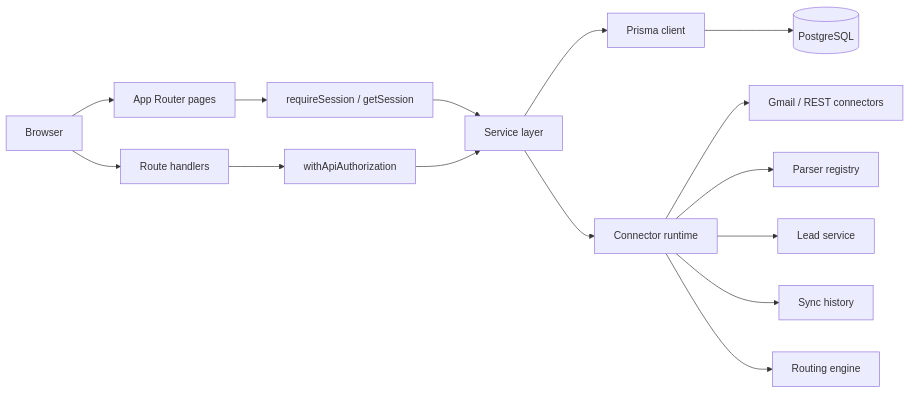
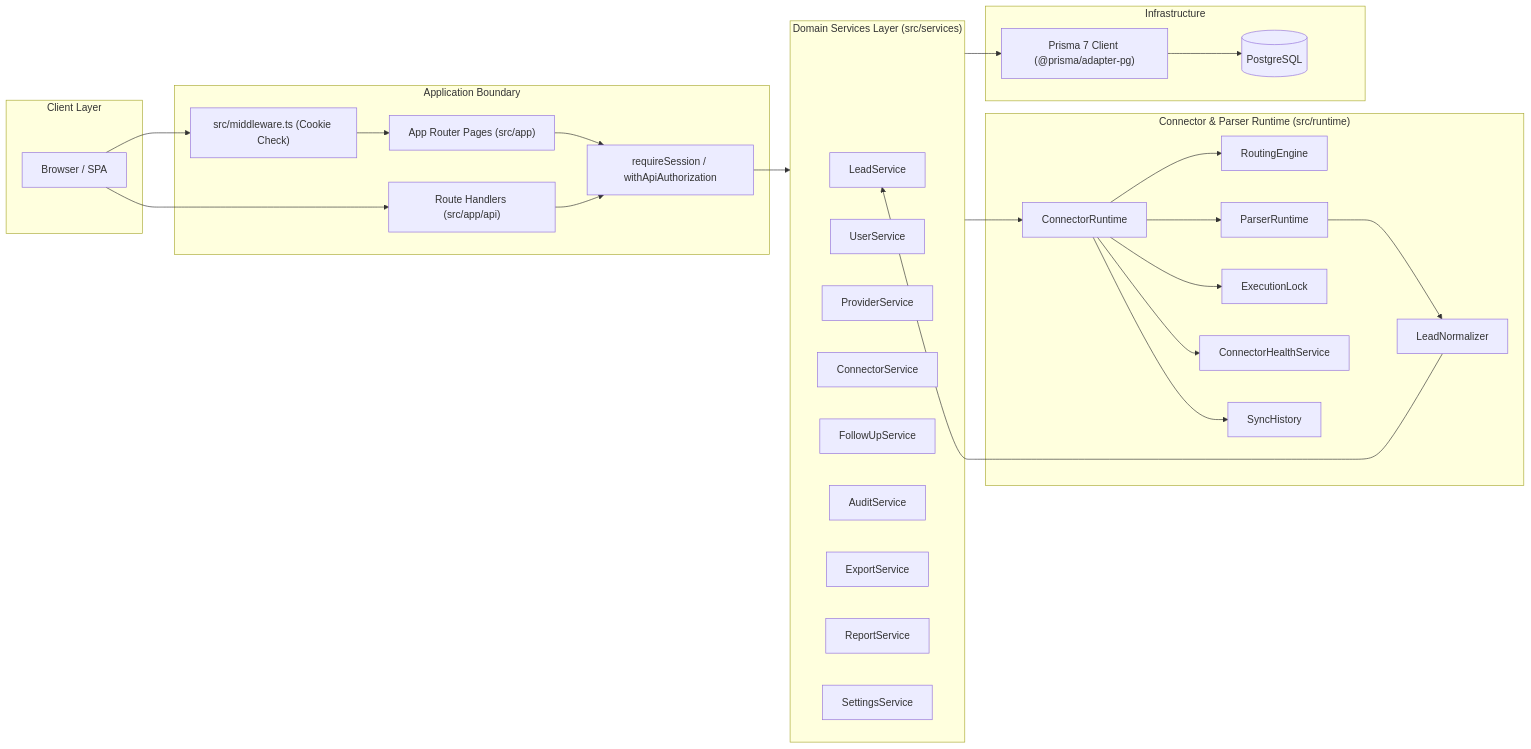
One commit to slept3arly/leadbridge changed the first of 11 diagrams in docs/02_ARCHITECTURE.md. Above: the diagram before and after it, drawn with Mermaid. The commit also changed other lines of this file and 75 other files, not shown here.

````diff
--- a/docs/02_ARCHITECTURE.md
+++ b/docs/02_ARCHITECTURE.md
@@ -28,17 +19,57 @@
 ```mermaid
 flowchart LR
-  Browser --> Pages[App Router pages]
-  Browser --> API[Route handlers]
-  Pages --> Session[requireSession / getSession]
-  API --> Auth[withApiAuthorization]
-  Session --> Services[Service layer]
-  Auth --> Services
-  Services --> Prisma[Prisma client]
-  Prisma --> DB[(PostgreSQL)]
-  Services --> ConnectorRuntime[Connector runtime]
-  ConnectorRuntime --> Connectors[Gmail / REST connectors]
-  ConnectorRuntime --> Parsers[Parser registry]
-  ConnectorRuntime --> LeadService[Lead service]
-  ConnectorRuntime --> SyncHistory[Sync history]
-  ConnectorRuntime --> Routing[Routing engine]
+  subgraph Client ["Client Layer"]
+    Browser["Browser / SPA"]
+  end
+
+  subgraph Edge ["Application Boundary"]
+    Middleware["src/middleware.ts (Cookie Check)"]
+    Pages["App Router Pages (src/app)"]
+    API["Route Handlers (src/app/api)"]
+    AuthHelper["requireSession / withApiAuthorization"]
+  end
+
+  subgraph Services ["Domain Services Layer (src/services)"]
+    LeadSvc["LeadService"]
+    UserSvc["UserService"]
+    ProviderSvc["ProviderService"]
+    ConnectorSvc["ConnectorService"]
+    FollowUpSvc["FollowUpService"]
+    AuditSvc["AuditService"]
+    ExportSvc["ExportService"]
+    ReportSvc["ReportService"]
+    SettingsSvc["SettingsService"]
+  end
+
+  subgraph Runtime ["Connector & Parser Runtime (src/runtime)"]
+    ConnectorRuntime["ConnectorRuntime"]
+    RoutingEngine["RoutingEngine"]
+    ParserRuntime["ParserRuntime"]
+    LeadNormalizer["LeadNormalizer"]
+    ExecLock["ExecutionLock"]
+    HealthSvc["ConnectorHealthService"]
+    SyncHist["SyncHistory"]
+  end
+
+  subgraph Database ["Infrastructure"]
+    Prisma["Prisma 7 Client (@prisma/adapter-pg)"]
+    DB[(PostgreSQL)]
+  end
+
+  Browser --> Middleware
+  Middleware --> Pages
+  Browser --> API
+  Pages --> AuthHelper
+  API --> AuthHelper
+  AuthHelper --> Services
+  Services --> Prisma
+  Prisma --> DB
+  Services --> ConnectorRuntime
+  ConnectorRuntime --> ExecLock
+  ConnectorRuntime --> RoutingEngine
+  ConnectorRuntime --> ParserRuntime
+  ParserRuntime --> LeadNormalizer
+  LeadNormalizer --> LeadSvc
+  ConnectorRuntime --> SyncHist
+  ConnectorRuntime --> HealthSvc
 ```
````
